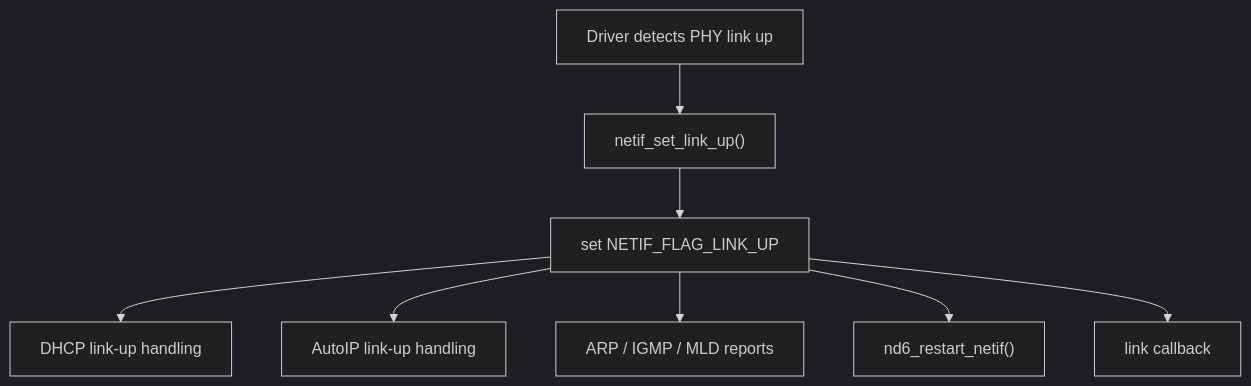
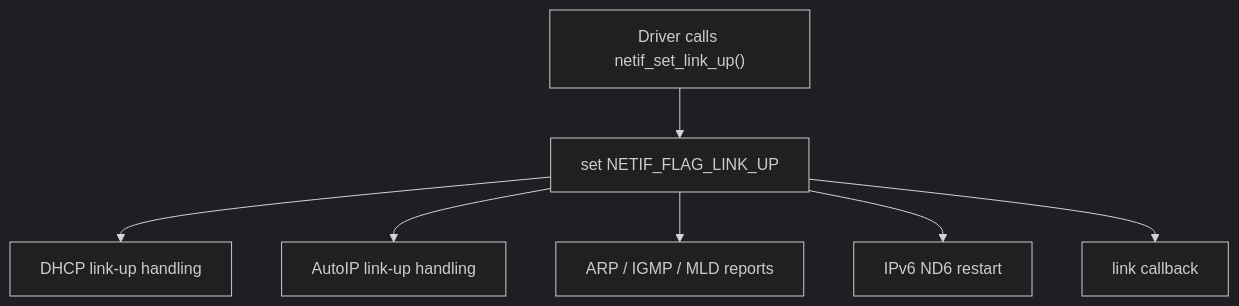
Before and after one commit to wdfk-prog/lwIP-Source-Lab: the fourth of 6 diagrams in docs/22-phy-link-autoneg.md, drawn with Mermaid (dark theme). The commit also changed other lines of this file and 49 other files, not shown here.

````diff
--- a/docs/22-phy-link-autoneg.md
+++ b/docs/22-phy-link-autoneg.md
@@ -120,10 +163,9 @@
 ```mermaid
 flowchart TD
-    A["Driver detects PHY link up"] --> B["netif_set_link_up()"]
-    B --> C["set NETIF_FLAG_LINK_UP"]
-    C --> D["DHCP link-up handling"]
-    C --> E["AutoIP link-up handling"]
-    C --> F["ARP / IGMP / MLD reports"]
-    C --> G["nd6_restart_netif()"]
-    C --> H["link callback"]
+    A["Driver calls netif_set_link_up()"] --> B["set NETIF_FLAG_LINK_UP"]
+    B --> C["DHCP link-up handling"]
+    B --> D["AutoIP link-up handling"]
+    B --> E["ARP / IGMP / MLD reports"]
+    B --> F["IPv6 ND6 restart"]
+    B --> G["link callback"]
 ```
````
